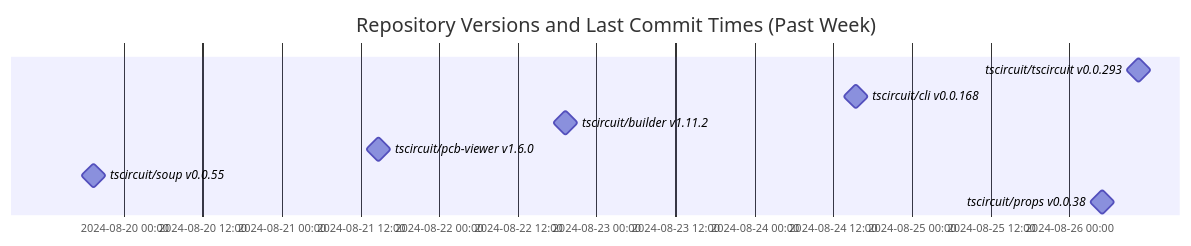
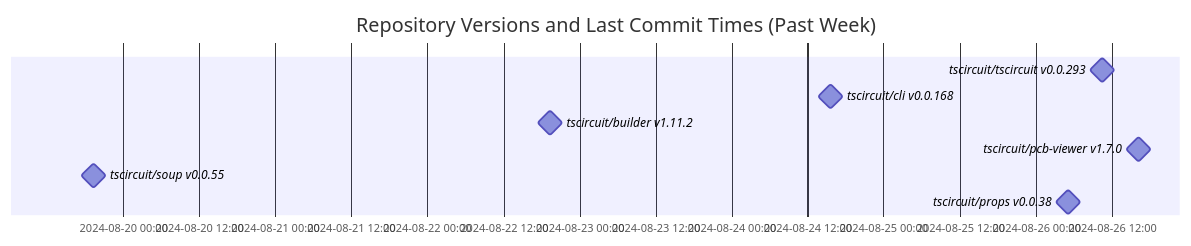
Before and after one commit to tscircuit/version-tracker: the diagram in README.md, drawn with Mermaid.

Commit message:
Update chart

````diff
--- a/README.md
+++ b/README.md
@@ -1,13 +1,13 @@
 ```mermaid
 gantt
   dateFormat  YYYY-MM-DD HH:mm:ss
   title Repository Versions and Last Commit Times (Past Week)
   axisFormat %Y-%m-%d %H:%M
 
   tscircuit/tscircuit v0.0.293 : milestone, 2024-08-26 10:30:38, 1s
   tscircuit/cli v0.0.168 : milestone, 2024-08-24 15:32:19, 1s
   tscircuit/builder v1.11.2 : milestone, 2024-08-22 19:17:19, 1s
-  tscircuit/pcb-viewer v1.6.0 : milestone, 2024-08-21 14:48:25, 1s
+  tscircuit/pcb-viewer v1.7.0 : milestone, 2024-08-26 16:11:24, 1s
   tscircuit/soup v0.0.55 : milestone, 2024-08-19 19:22:24, 1s
   tscircuit/props v0.0.38 : milestone, 2024-08-26 05:00:48, 1s
 ```
````
